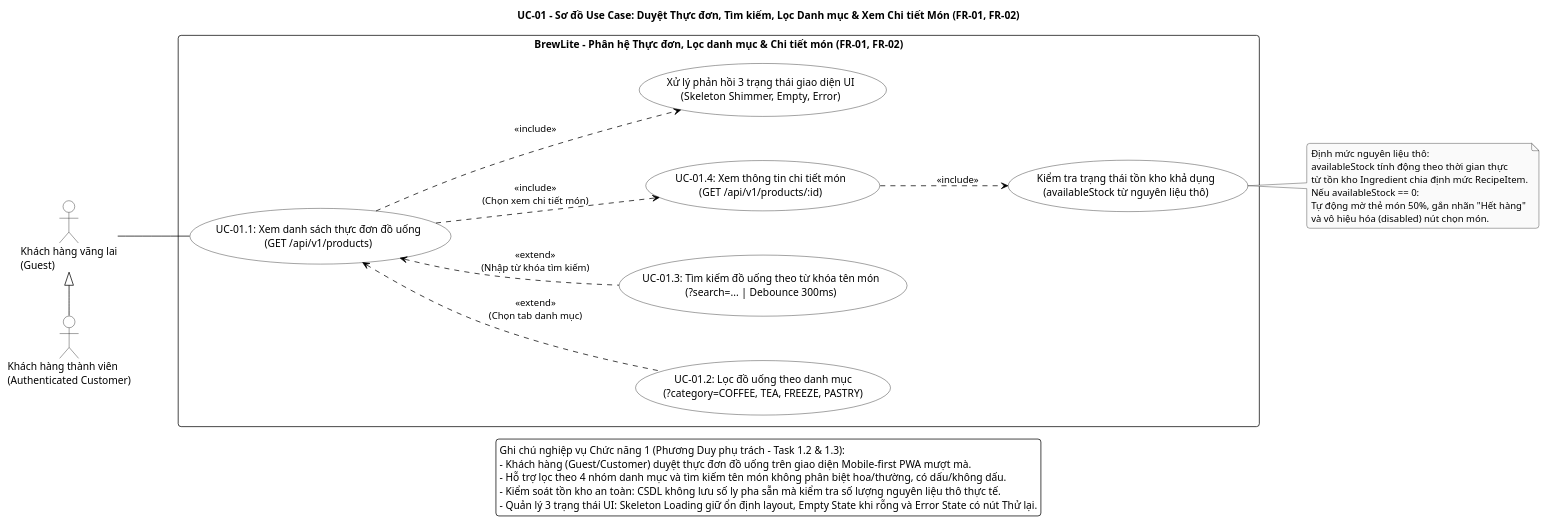
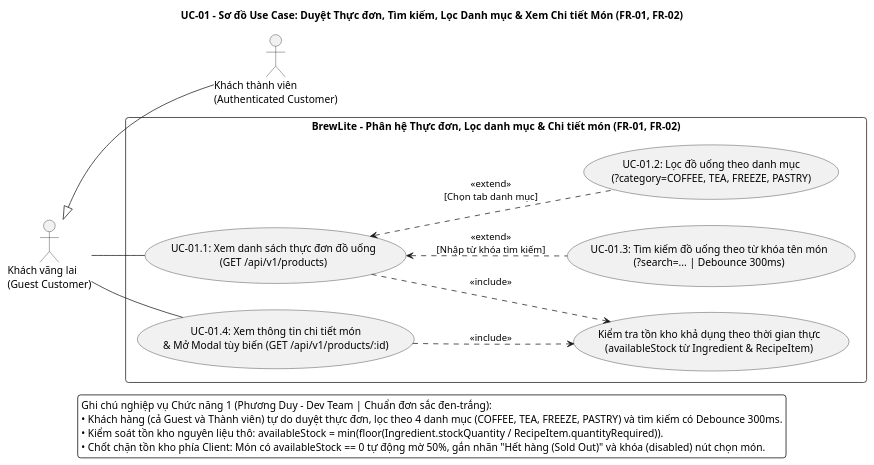
The diagram in docs/diagrams/uc-01-menu.puml (SamuiSang/brewlite2), drawn with PlantUML before and after one commit. The commit also changed 13 other files, not shown here.

Commit message:
docs(task1.2-1.3): unify SRS & Use Case specs for all 6 modules and standardize monochrome SVG diagrams

```diff
--- a/docs/diagrams/uc-01-menu.puml
+++ b/docs/diagrams/uc-01-menu.puml
@@ -1,74 +1,40 @@
 @startuml uc-01-menu
 title UC-01 - Sơ đồ Use Case: Duyệt Thực đơn, Tìm kiếm, Lọc Danh mục & Xem Chi tiết Món (FR-01, FR-02)
 
 left to right direction
 skinparam monochrome true
 skinparam shadowing false
 skinparam backgroundColor white
 skinparam defaultFontName "Segoe UI", "Arial", sans-serif
 skinparam packageStyle rectangle
 skinparam roundcorner 8
-skinparam nodesep 60
-skinparam ranksep 80
 
-skinparam actor {
-    BorderColor black
-    BackgroundColor white
-    FontColor black
-}
+actor "Khách vãng lai\n(Guest Customer)" as Guest
+actor "Khách thành viên\n(Authenticated Customer)" as Customer
 
-skinparam usecase {
-    BorderColor black
-    BackgroundColor white
-    FontColor black
-    ArrowColor black
-}
-
-skinparam rectangle {
-    BorderColor black
-    BackgroundColor white
-    FontColor black
-}
-
-actor "Khách hàng vãng lai\n(Guest)" as Guest
-actor "Khách hàng thành viên\n(Authenticated Customer)" as Customer
-
-Customer -left-|> Guest
+Customer -up-|> Guest
 
 rectangle "BrewLite - Phân hệ Thực đơn, Lọc danh mục & Chi tiết món (FR-01, FR-02)" as System {
     usecase "UC-01.1: Xem danh sách thực đơn đồ uống\n(GET /api/v1/products)" as UC_BrowseMenu
     usecase "UC-01.2: Lọc đồ uống theo danh mục\n(?category=COFFEE, TEA, FREEZE, PASTRY)" as UC_FilterCategory
     usecase "UC-01.3: Tìm kiếm đồ uống theo từ khóa tên món\n(?search=... | Debounce 300ms)" as UC_SearchKeyword
-    usecase "UC-01.4: Xem thông tin chi tiết món\n(GET /api/v1/products/:id)" as UC_ViewDetail
-
-    usecase "Kiểm tra trạng thái tồn kho khả dụng\n(availableStock từ nguyên liệu thô)" as UC_CheckStock
-    usecase "Xử lý phản hồi 3 trạng thái giao diện UI\n(Skeleton Shimmer, Empty, Error)" as UC_HandleUIState
+    usecase "UC-01.4: Xem thông tin chi tiết món\n& Mở Modal tùy biến (GET /api/v1/products/:id)" as UC_ViewDetail
+    usecase "Kiểm tra tồn kho khả dụng theo thời gian thực\n(availableStock từ Ingredient & RecipeItem)" as UC_CheckStock
 }
 
 Guest -- UC_BrowseMenu
+Guest -- UC_ViewDetail
 
-UC_FilterCategory .up.> UC_BrowseMenu : <<extend>>\n(Chọn tab danh mục)
-UC_SearchKeyword .up.> UC_BrowseMenu : <<extend>>\n(Nhập từ khóa tìm kiếm)
+UC_BrowseMenu ..> UC_CheckStock : <<include>>
+UC_ViewDetail ..> UC_CheckStock : <<include>>
 
-UC_BrowseMenu ..> UC_ViewDetail : <<include>>\n(Chọn xem chi tiết món)
-UC_ViewDetail ..> UC_CheckStock : <<include>>
-UC_BrowseMenu ..> UC_HandleUIState : <<include>>
-
-note right of UC_CheckStock
-  Định mức nguyên liệu thô:
-  availableStock tính động theo thời gian thực
-  từ tồn kho Ingredient chia định mức RecipeItem.
-  Nếu availableStock == 0:
-  Tự động mờ thẻ món 50%, gắn nhãn "Hết hàng"
-  và vô hiệu hóa (disabled) nút chọn món.
-end note
+UC_FilterCategory .up.> UC_BrowseMenu : <<extend>>\n[Chọn tab danh mục]
+UC_SearchKeyword .up.> UC_BrowseMenu : <<extend>>\n[Nhập từ khóa tìm kiếm]
 
 legend bottom
-  Ghi chú nghiệp vụ Chức năng 1 (Phương Duy phụ trách - Task 1.2 & 1.3):
-  - Khách hàng (Guest/Customer) duyệt thực đơn đồ uống trên giao diện Mobile-first PWA mượt mà.
-  - Hỗ trợ lọc theo 4 nhóm danh mục và tìm kiếm tên món không phân biệt hoa/thường, có dấu/không dấu.
-  - Kiểm soát tồn kho an toàn: CSDL không lưu số ly pha sẵn mà kiểm tra số lượng nguyên liệu thô thực tế.
-  - Quản lý 3 trạng thái UI: Skeleton Loading giữ ổn định layout, Empty State khi rỗng và Error State có nút Thử lại.
+  Ghi chú nghiệp vụ Chức năng 1 (Phương Duy - Dev Team | Chuẩn đơn sắc đen-trắng):
+  • Khách hàng (cả Guest và Thành viên) tự do duyệt thực đơn, lọc theo 4 danh mục (COFFEE, TEA, FREEZE, PASTRY) và tìm kiếm có Debounce 300ms.
+  • Kiểm soát tồn kho nguyên liệu thô: availableStock = min(floor(Ingredient.stockQuantity / RecipeItem.quantityRequired)).
+  • Chốt chặn tồn kho phía Client: Món có availableStock == 0 tự động mờ 50%, gắn nhãn "Hết hàng (Sold Out)" và khóa (disabled) nút chọn món.
 endlegend
-
 @enduml
```
